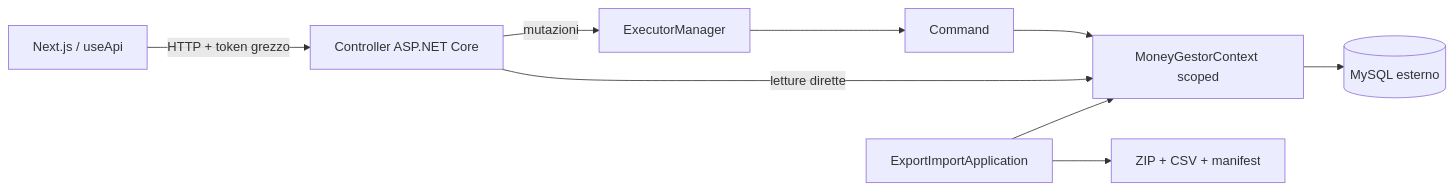
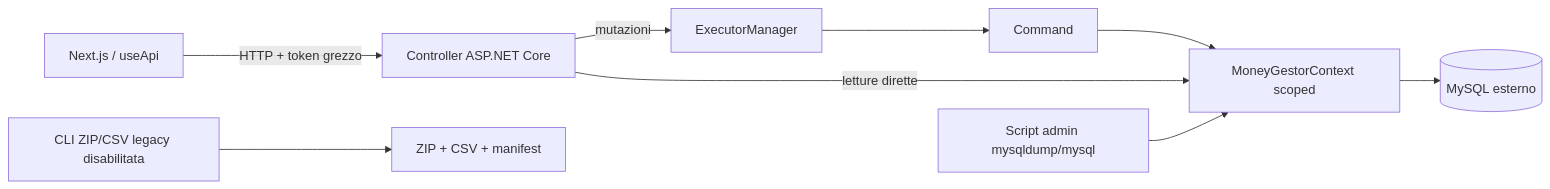
The first of 2 diagrams in docs/backend-modernization/README.md (dadolaga/MoneyGestor), drawn with Mermaid before and after one commit. The commit also changed other lines of this file and 18 other files, not shown here.

First line of the commit message:
Implement phase 4 of backend modernization: disable legacy import/export CLI, establish MySQL backup and recovery processes

````diff
--- a/docs/backend-modernization/README.md
+++ b/docs/backend-modernization/README.md
@@ -78,11 +79,12 @@
 ```mermaid
 flowchart LR
     FE[Next.js / useApi] -->|HTTP + token grezzo| C[Controller ASP.NET Core]
     C -->|mutazioni| E[ExecutorManager]
     E --> CMD[Command]
     CMD --> DB[MoneyGestorContext scoped]
     C -->|letture dirette| DB
     DB --> MYSQL[(MySQL esterno)]
-    CLI[ExportImportApplication] --> DB
+    CLI[CLI ZIP/CSV legacy disabilitata]
+    OPS[Script admin mysqldump/mysql] --> DB
     CLI --> ZIP[ZIP + CSV + manifest]
 ```
````
